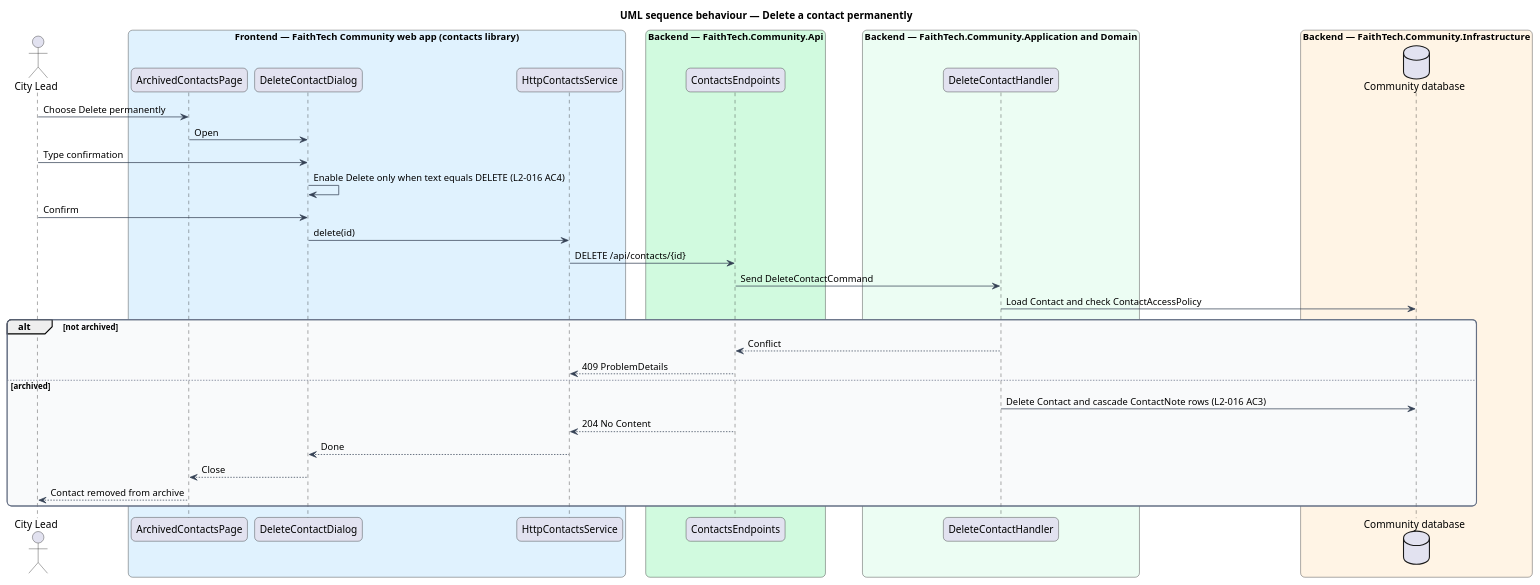
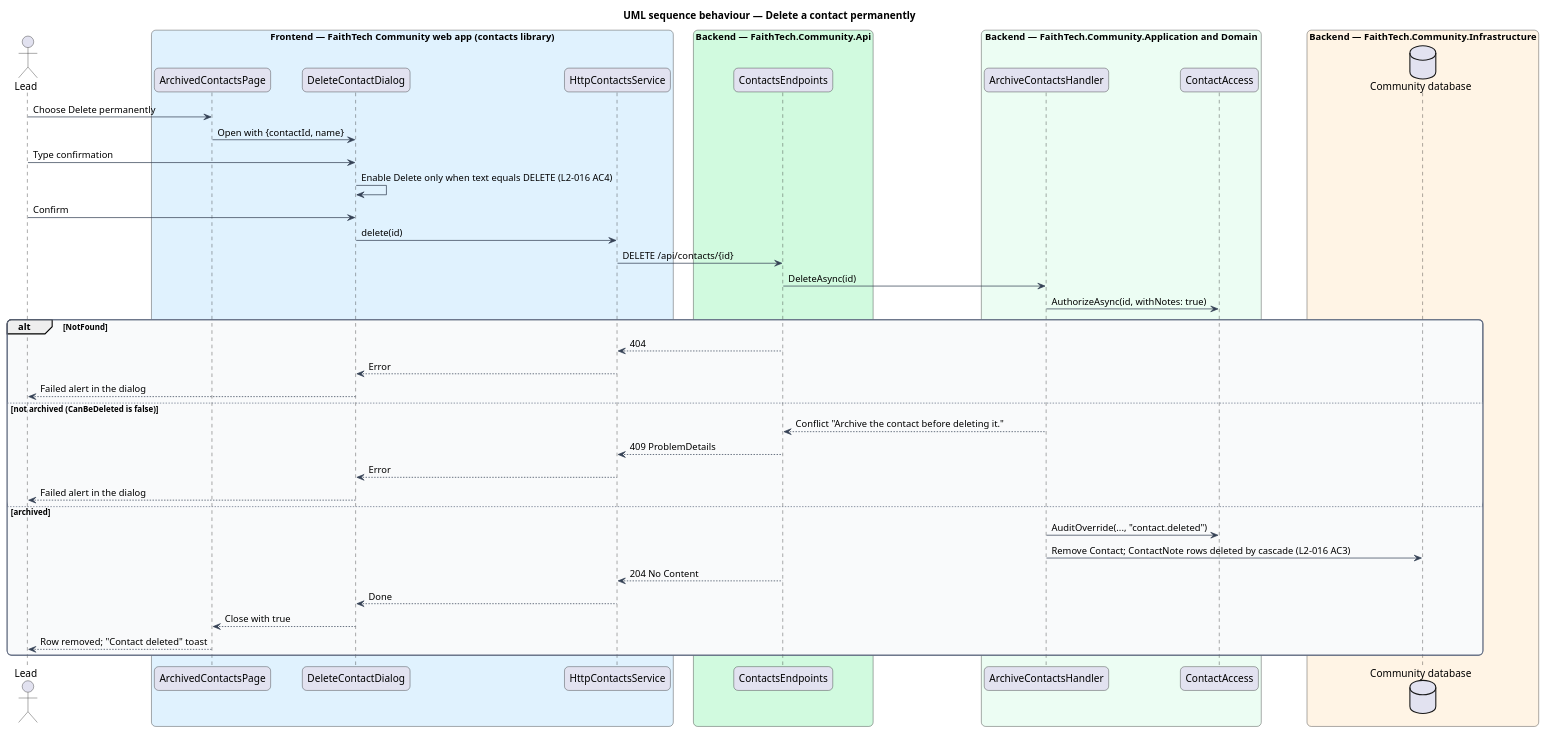
One commit to QuinntyneBrown/faithtech-community changed the diagram in docs/detailed-designs/contacts/archive-restore-delete-contacts/diagrams/sequence-delete-permanently.puml. Above: the diagram before and after it, drawn with PlantUML. The commit also changed 79 other files, not shown here.

First line of the commit message:
Align the contacts and partners designs and diagrams with the built code

```diff
--- a/docs/detailed-designs/contacts/archive-restore-delete-contacts/diagrams/sequence-delete-permanently.puml
+++ b/docs/detailed-designs/contacts/archive-restore-delete-contacts/diagrams/sequence-delete-permanently.puml
@@ -1,51 +1,59 @@
 @startuml
 title UML sequence behaviour — Delete a contact permanently
 skinparam backgroundColor #FFFFFF
 skinparam shadowing false
 skinparam roundcorner 12
 skinparam defaultFontName Arial
 skinparam ArrowColor #344054
 skinparam rectangle {
   BorderColor #344054
   FontColor #101828
 }
 skinparam package {
   BorderColor #667085
   FontColor #101828
   BackgroundColor #F9FAFB
 }
-actor "City Lead" as actor
+actor "Lead" as actor
 box "Frontend — FaithTech Community web app (contacts library)" #E0F2FE
   participant "ArchivedContactsPage" as arch
   participant "DeleteContactDialog" as dlg
   participant "HttpContactsService" as svc
 end box
 box "Backend — FaithTech.Community.Api" #D1FADF
   participant "ContactsEndpoints" as ep
 end box
 box "Backend — FaithTech.Community.Application and Domain" #ECFDF3
-  participant "DeleteContactHandler" as h
+  participant "ArchiveContactsHandler" as h
+  participant "ContactAccess" as acc
 end box
 box "Backend — FaithTech.Community.Infrastructure" #FFF4E5
   database "Community database" as db
 end box
 actor -> arch : Choose Delete permanently
-arch -> dlg : Open
+arch -> dlg : Open with {contactId, name}
 actor -> dlg : Type confirmation
 dlg -> dlg : Enable Delete only when text equals DELETE (L2-016 AC4)
 actor -> dlg : Confirm
 dlg -> svc : delete(id)
 svc -> ep : DELETE /api/contacts/{id}
-ep -> h : Send DeleteContactCommand
-h -> db : Load Contact and check ContactAccessPolicy
-alt not archived
-  h --> ep : Conflict
+ep -> h : DeleteAsync(id)
+h -> acc : AuthorizeAsync(id, withNotes: true)
+alt NotFound
+  ep --> svc : 404
+  svc --> dlg : Error
+  dlg --> actor : Failed alert in the dialog
+else not archived (CanBeDeleted is false)
+  h --> ep : Conflict "Archive the contact before deleting it."
   ep --> svc : 409 ProblemDetails
+  svc --> dlg : Error
+  dlg --> actor : Failed alert in the dialog
 else archived
-  h -> db : Delete Contact and cascade ContactNote rows (L2-016 AC3)
+  h -> acc : AuditOverride(..., "contact.deleted")
+  h -> db : Remove Contact; ContactNote rows deleted by cascade (L2-016 AC3)
   ep --> svc : 204 No Content
   svc --> dlg : Done
-  dlg --> arch : Close
-  arch --> actor : Contact removed from archive
+  dlg --> arch : Close with true
+  arch --> actor : Row removed; "Contact deleted" toast
 end
 @enduml
```
